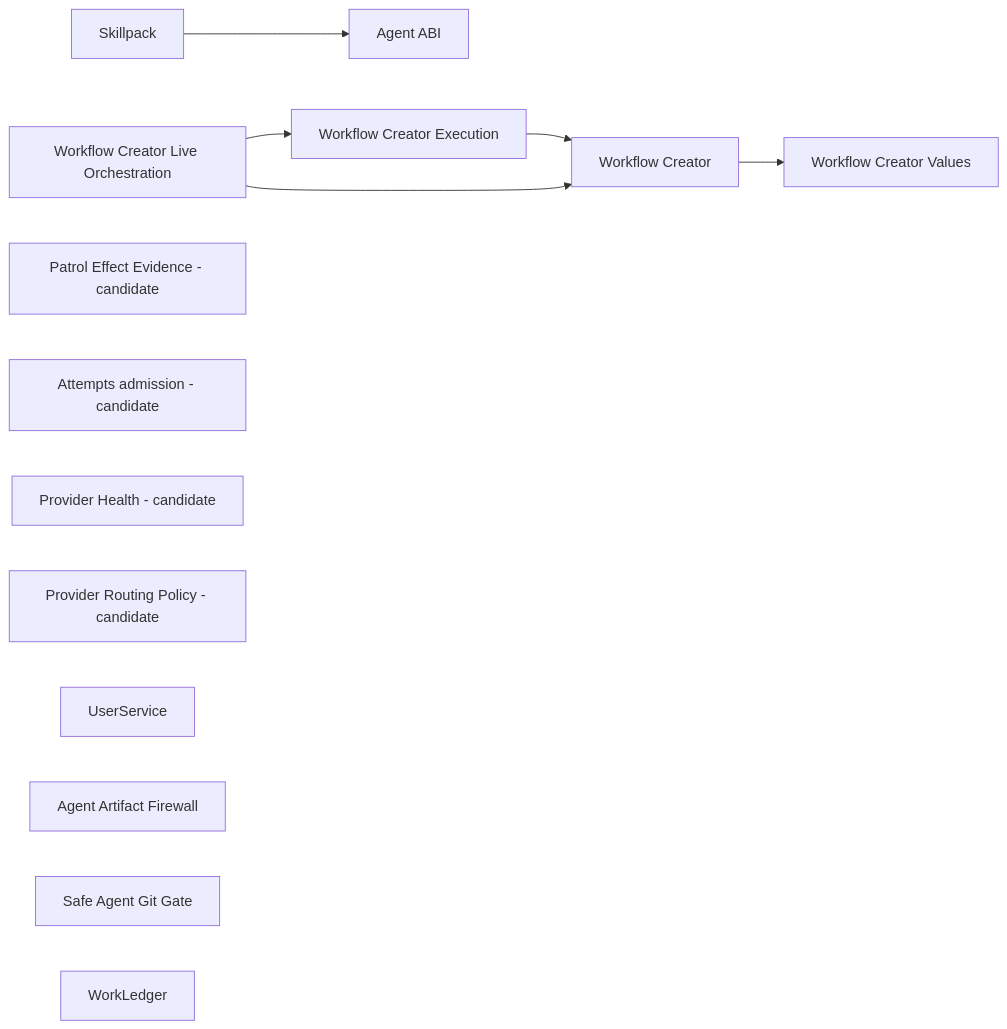
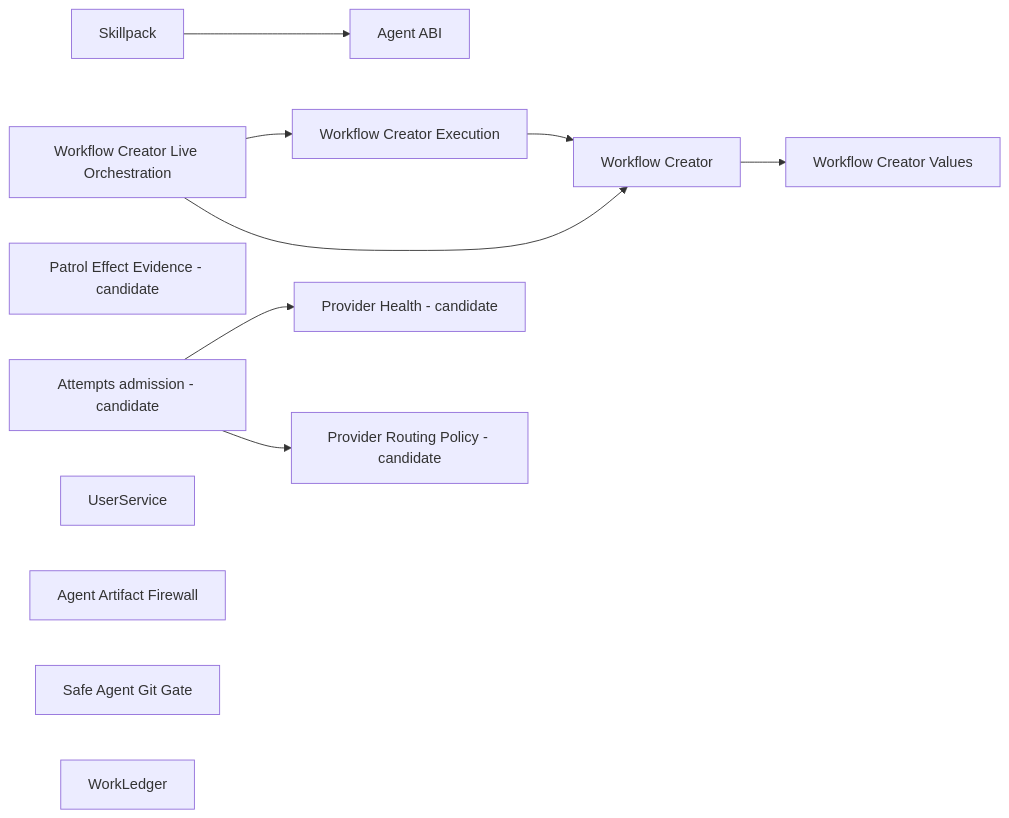
One commit to ivankuznetsov/hive changed the diagram in wiki/component-boundaries.md. Above: the diagram before and after it, drawn with Mermaid. The commit also changed other lines of this file and 24 other files, not shown here.

Commit message:
feat(routing): U4 commit routes during durable admission

````diff
--- a/wiki/component-boundaries.md
+++ b/wiki/component-boundaries.md
@@ -57,16 +57,15 @@
 ```mermaid
 flowchart LR
   skillpack[Skillpack] --> agent_abi[Agent ABI]
   workflow_execution[Workflow Creator Execution] --> workflow_core[Workflow Creator]
   workflow_live[Workflow Creator Live Orchestration] --> workflow_execution
   workflow_live --> workflow_core
   workflow_core[Workflow Creator] --> workflow_values[Workflow Creator Values]
   patrol_effects[Patrol Effect Evidence - candidate]
-  attempts[Attempts admission - candidate]
-  provider_health[Provider Health - candidate]
-  provider_routing[Provider Routing Policy - candidate]
+  attempts[Attempts admission - candidate] --> provider_health[Provider Health - candidate]
+  attempts --> provider_routing[Provider Routing Policy - candidate]
   user_service[UserService]
   artifact_firewall[Agent Artifact Firewall]
   git_gate[Safe Agent Git Gate]
   work_ledger[WorkLedger]
 ```
````
